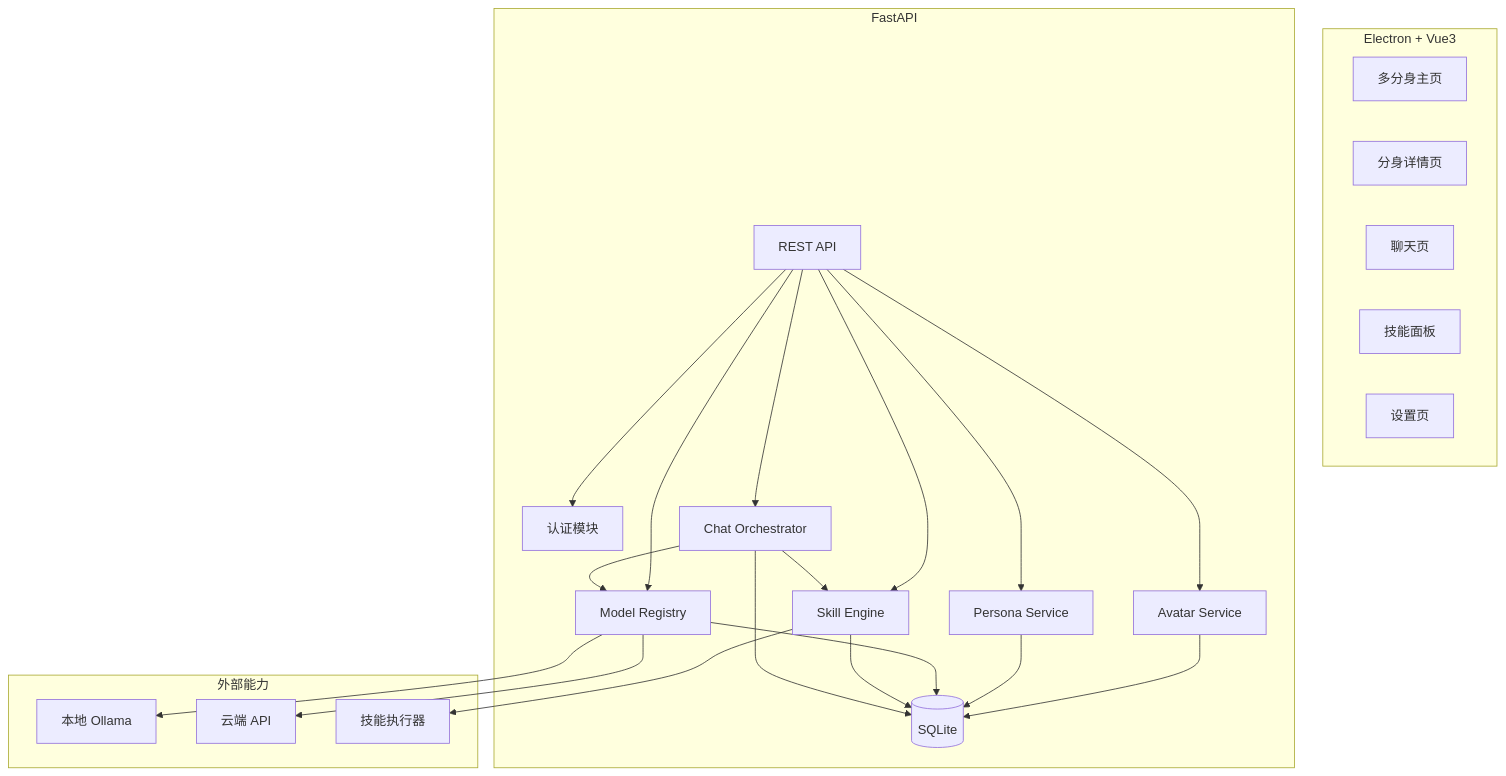
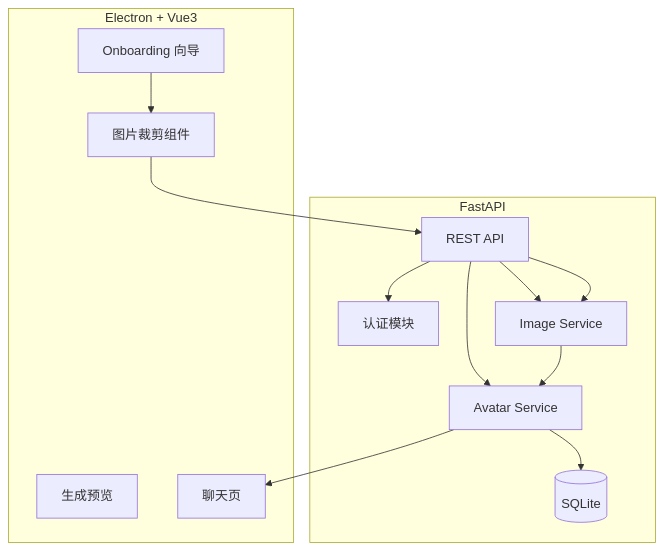
The first of 3 diagrams in Design/Phase2_进阶版_设计文档.md (Mingjiexiaojiu/MultiYou), drawn with Mermaid before and after one commit. The commit also changed other lines of this file and 16 other files, not shown here.

````diff
--- a/Design/Phase2_进阶版_设计文档.md
+++ b/Design/Phase2_进阶版_设计文档.md
@@ -58,46 +59,28 @@
 ```mermaid
 graph TD
     subgraph 前端 [Electron + Vue3]
-        Home[多分身主页]
-        AvatarDetail[分身详情页]
-        ChatView[聊天页]
-        SkillPanel[技能面板]
-        Settings[设置页]
+        Onboarding[Onboarding 向导]
+        Cropper[图片裁剪组件]
+        Preview[生成预览]
+        Chat[聊天页]
     end
 
     subgraph 后端 [FastAPI]
         API[REST API]
         Auth[认证模块]
         AvatarSvc[Avatar Service]
-        PersonaSvc[Persona Service]
-        ModelRegistry[Model Registry]
-        SkillEngine[Skill Engine]
-        ChatOrchestrator[Chat Orchestrator]
+        ImageSvc[Image Service]
         DB[(SQLite)]
 
         API --> Auth
         API --> AvatarSvc
-        API --> PersonaSvc
-        API --> ModelRegistry
-        API --> SkillEngine
-        API --> ChatOrchestrator
-
+        API --> ImageSvc
         AvatarSvc --> DB
-        PersonaSvc --> DB
-        ModelRegistry --> DB
-        SkillEngine --> DB
-        ChatOrchestrator --> DB
     end
 
-    subgraph 外部能力
-        Ollama[本地 Ollama]
-        CloudLLM[云端 API]
-        SkillWorker[技能执行器]
-    end
-
-    ModelRegistry --> Ollama
-    ModelRegistry --> CloudLLM
-    SkillEngine --> SkillWorker
-    ChatOrchestrator --> ModelRegistry
-    ChatOrchestrator --> SkillEngine
+    Onboarding --> Cropper
+    Cropper --> API
+    API --> ImageSvc
+    ImageSvc --> AvatarSvc
+    AvatarSvc --> Chat
 ```
````
